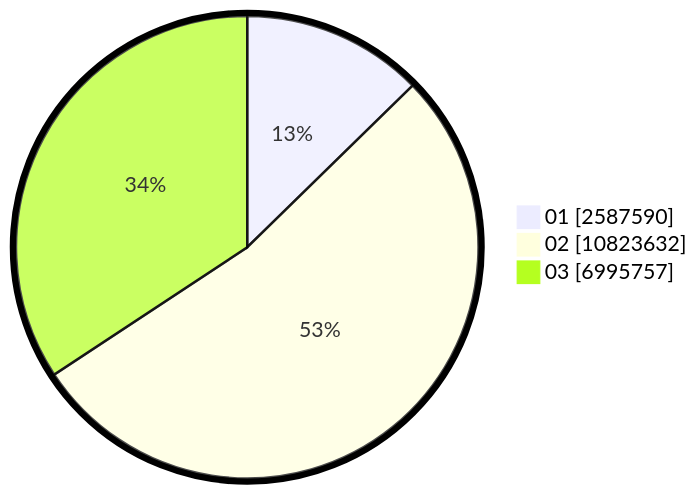
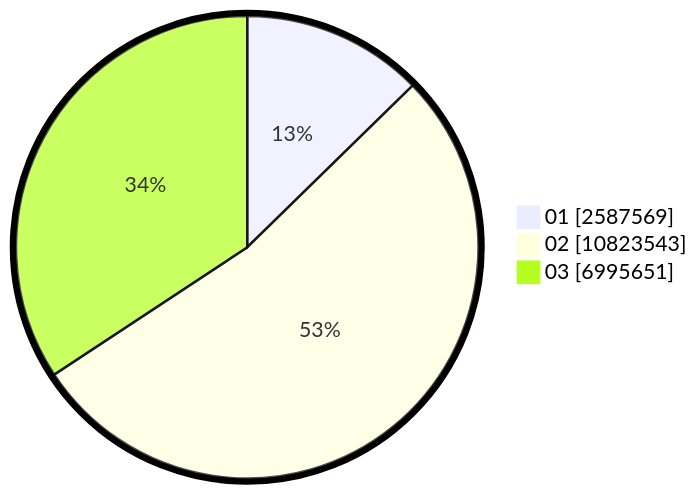
Before and after one commit to gigit-pemilu/pemilu-2024: the second of 2 diagrams in pilpres/hitung-suara/sub/table-wilayah-33.md, drawn with Mermaid. The commit also changed other lines of this file and 8 other files, not shown here.

````diff
--- a/pilpres/hitung-suara/sub/table-wilayah-33.md
+++ b/pilpres/hitung-suara/sub/table-wilayah-33.md
@@ -15,7 +15,7 @@
 ```mermaid
 %%{init: {"pie": {"textPosition": 0.5}, "themeVariables": {"pieOuterStrokeWidth": "5px"}} }%%
 pie showData
-    "01" : 2587590
-    "02" : 10823632
-    "03" : 6995757
+    "01" : 2587569
+    "02" : 10823543
+    "03" : 6995651
 ```
````
